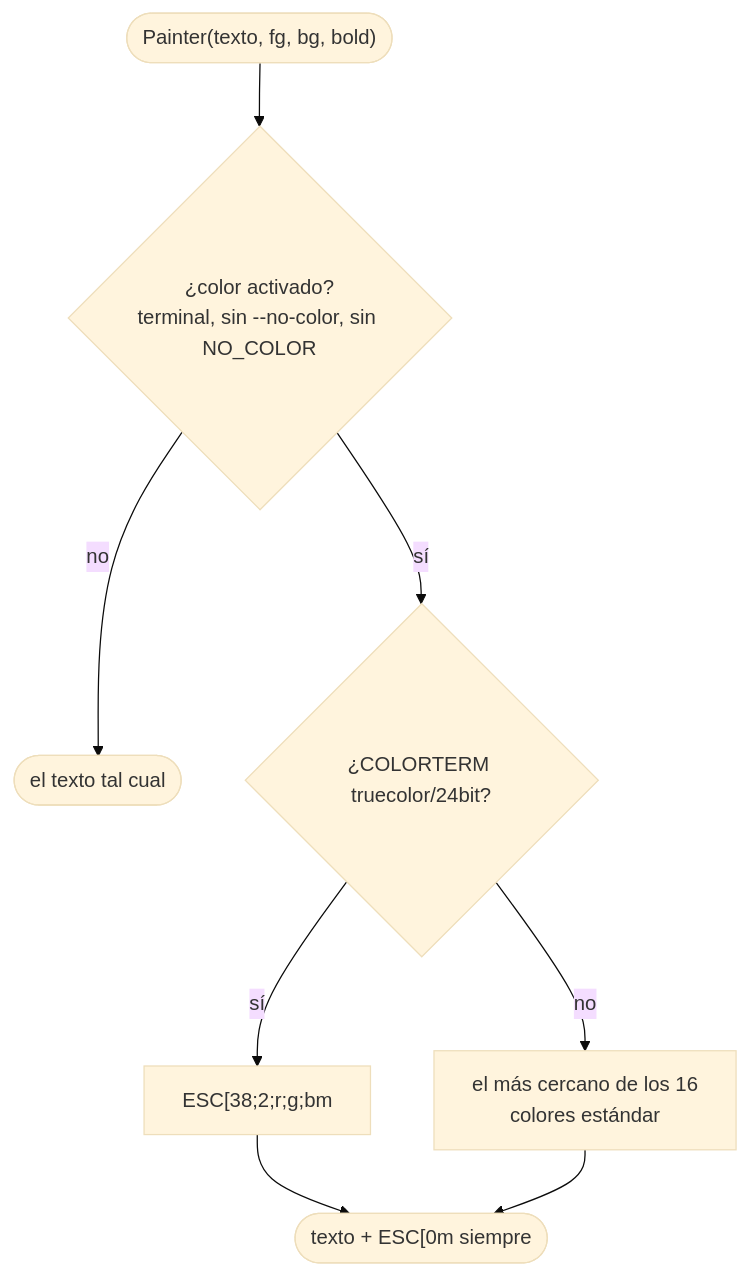
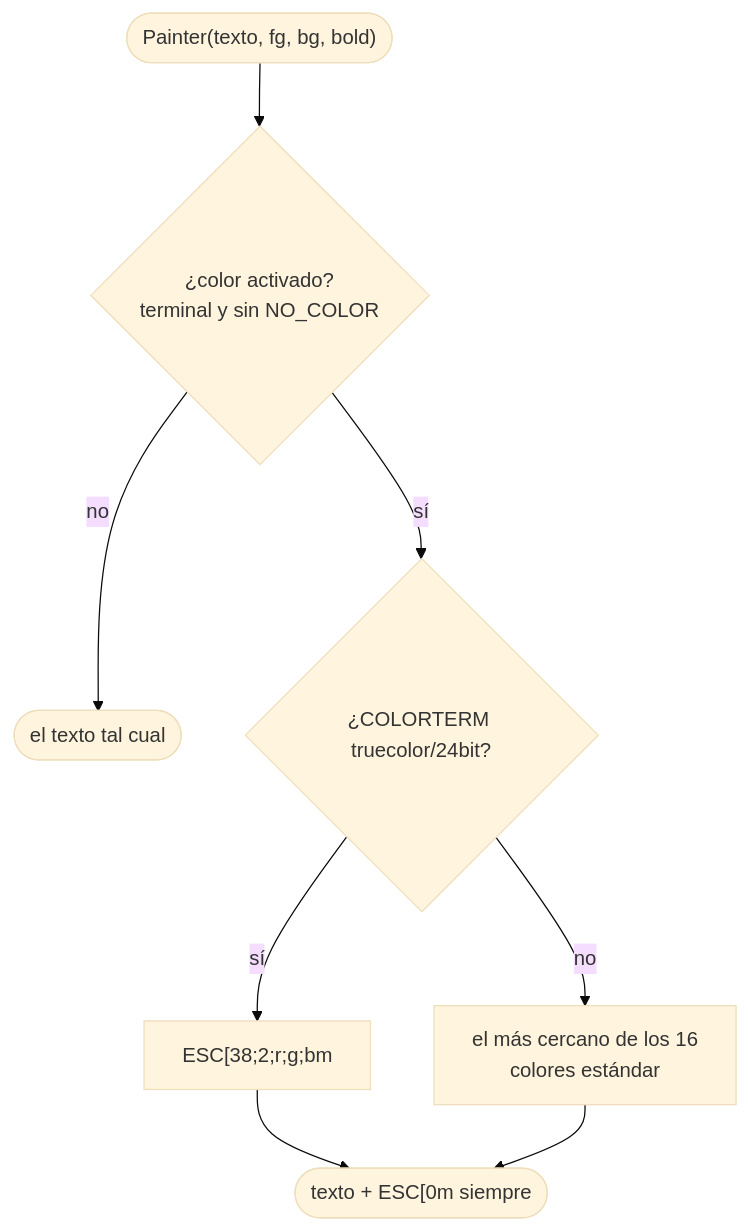
Before and after one commit to 0xARCOS/Fly-In: diagram 50 of 52 in docs/07-diagramas.md, drawn with Mermaid (base theme). The commit also changed other lines of this file and 33 other files, not shown here.

````diff
--- a/docs/07-diagramas.md
+++ b/docs/07-diagramas.md
@@ -1589,10 +1490,10 @@
 ```mermaid
 flowchart TD
-    P(["Painter(texto, fg, bg, bold)"]) --> E{"¿color activado?<br/>terminal, sin --no-color, sin NO_COLOR"}
+    P(["Painter(texto, fg, bg, bold)"]) --> E{"¿color activado?<br/>terminal y sin NO_COLOR"}
     E -->|"no"| PLAIN(["el texto tal cual"])
     E -->|"sí"| TC{"¿COLORTERM truecolor/24bit?"}
     TC -->|"sí"| C24["ESC[38;2;r;g;bm"]
     TC -->|"no"| C16["el más cercano de los 16<br/>colores estándar"]
     C24 --> RS(["texto + ESC[0m siempre"])
     C16 --> RS
 ```
````
